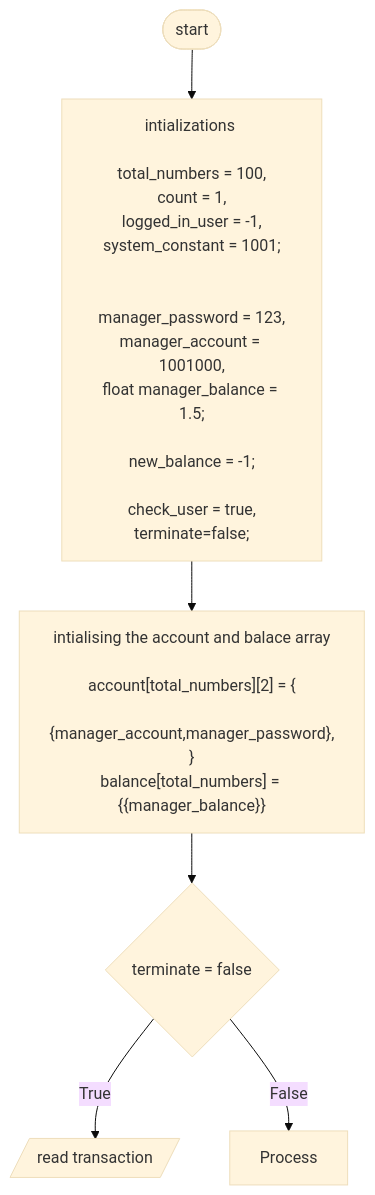
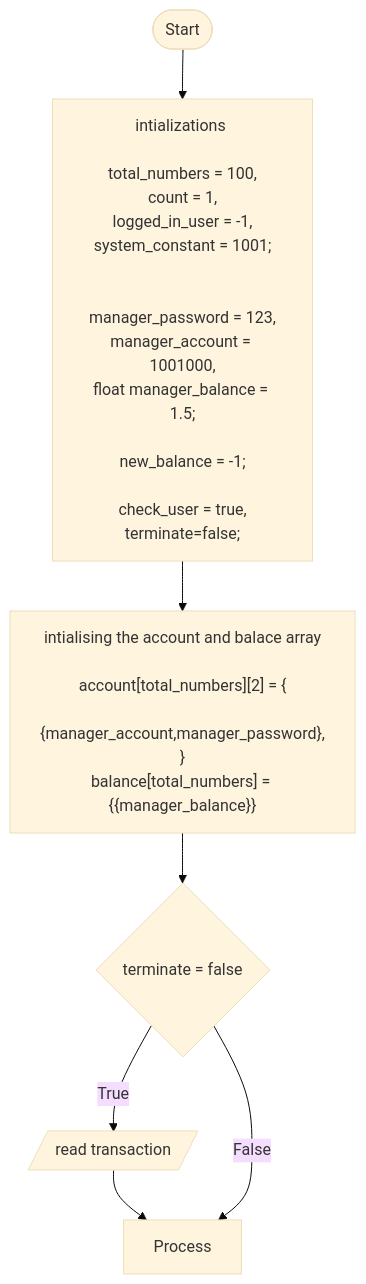
One commit to Ludis-ET/Bank-Account changed the first of 2 diagrams in FoP I/flowchart.md. Above: the diagram before and after it, drawn with Mermaid (base theme).

Commit message:
input transaction

````diff
--- a/FoP I/flowchart.md
+++ b/FoP I/flowchart.md
@@ -1,41 +1,45 @@
 ```mermaid
     flowchart TD;
-    A([start])-->B["
+    A([Start])-->B["
     intializations 
 
     total_numbers = 100,
     count = 1,
     logged_in_user = -1,
     system_constant = 1001;
 
 
     manager_password = 123,
     manager_account = 1001000,
     float manager_balance = 1.5;
     
     new_balance = -1;
 
     check_user = true,
     terminate=false;
     
     "];
 
 
     B-->C["
     
     intialising the account and balace array
 
     account[total_numbers][2] = {
         {manager_account,manager_password},
     }
     balance[total_numbers] = {{manager_balance}}
 
     "];
 
 
     C-->D{terminate = false}
     D -->|True| E[/read transaction/]
+    E -->F["
+        transaction = toupper(transaction)
+        login_pin = 0
+    "]
 
 
     D -->|False| F[Process]
 ```
````
